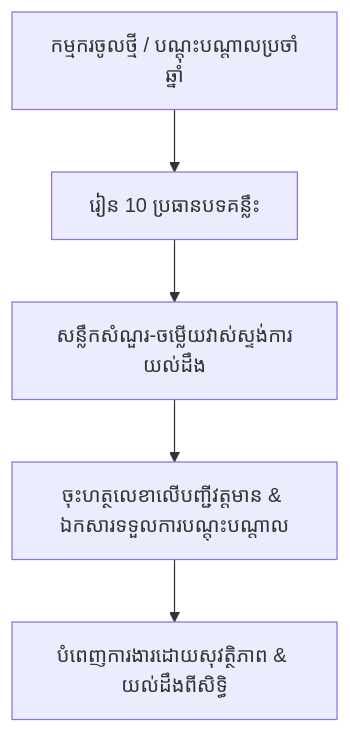
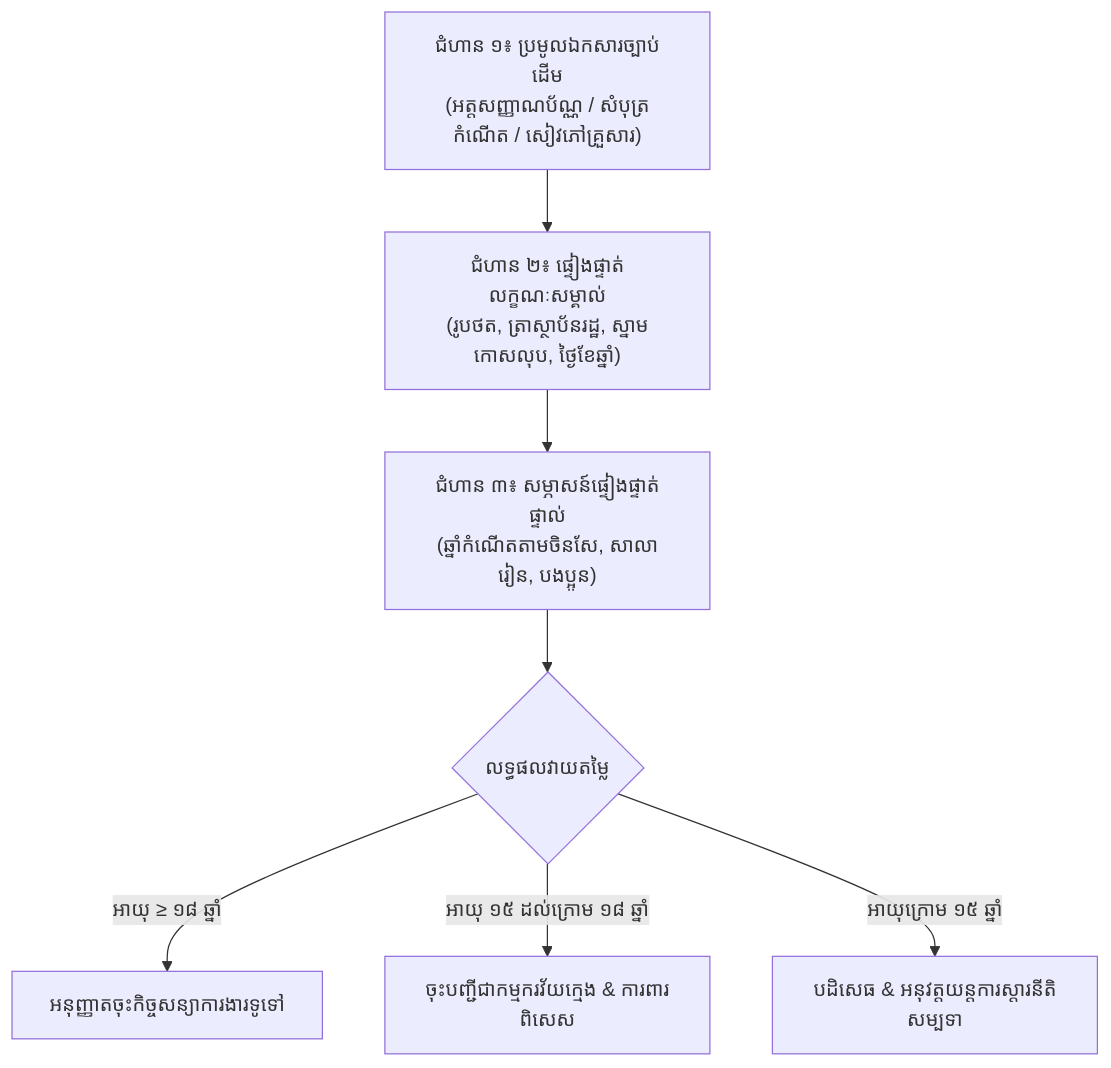
One commit to HunBora/HRM-System changed the second of 8 diagrams in public/docs/training_curriculum_manual.md. Above: the diagram before and after it, drawn with Mermaid. The commit also changed other lines of this file and 2 other files, not shown here.

````diff
--- a/public/docs/training_curriculum_manual.md
+++ b/public/docs/training_curriculum_manual.md
@@ -50,7 +108,9 @@
 ```mermaid
 flowchart TD
-    Start[កម្មករចូលថ្មី / បណ្តុះបណ្តាលប្រចាំឆ្នាំ] --> M1[រៀន 10 ប្រធានបទគន្លឹះ]
-    M1 --> QA[សន្លឹកសំណួរ-ចម្លើយវាស់ស្ទង់ការយល់ដឹង]
-    QA --> Sign[ចុះហត្ថលេខាលើបញ្ជីវត្តមាន & ឯកសារទទួលការបណ្តុះបណ្តាល]
-    Sign --> End[បំពេញការងារដោយសុវត្ថិភាព & យល់ដឹងពីសិទ្ធិ]
+    Step1["ជំហាន ១៖ ប្រមូលឯកសារច្បាប់ដើម<br>(អត្តសញ្ញាណប័ណ្ណ / សំបុត្រកំណើត / សៀវភៅគ្រួសារ)"] --> Step2["ជំហាន ២៖ ផ្ទៀងផ្ទាត់លក្ខណៈសម្គាល់<br>(រូបថត, ត្រាស្ថាប័នរដ្ឋ, ស្នាមកោសលុប, ថ្ងៃខែឆ្នាំ)"]
+    Step2 --> Step3["ជំហាន ៣៖ សម្ភាសន៍ផ្ទៀងផ្ទាត់ផ្ទាល់<br>(ឆ្នាំកំណើតតាមចិនសែ, សាលារៀន, បងប្អូន)"]
+    Step3 --> Step4{"លទ្ធផលវាយតម្លៃ"}
+    Step4 -- "អាយុ ≥ ១៨ ឆ្នាំ" --> Pass["អនុញ្ញាតចុះកិច្ចសន្យាការងារទូទៅ"]
+    Step4 -- "អាយុ ១៥ ដល់ក្រោម ១៨ ឆ្នាំ" --> Young["ចុះបញ្ជីជាកម្មករវ័យក្មេង & ការពារពិសេស"]
+    Step4 -- "អាយុក្រោម ១៥ ឆ្នាំ" --> Reject["បដិសេធ & អនុវត្តយន្តការស្តារនីតិសម្បទា"]
 ```
````
